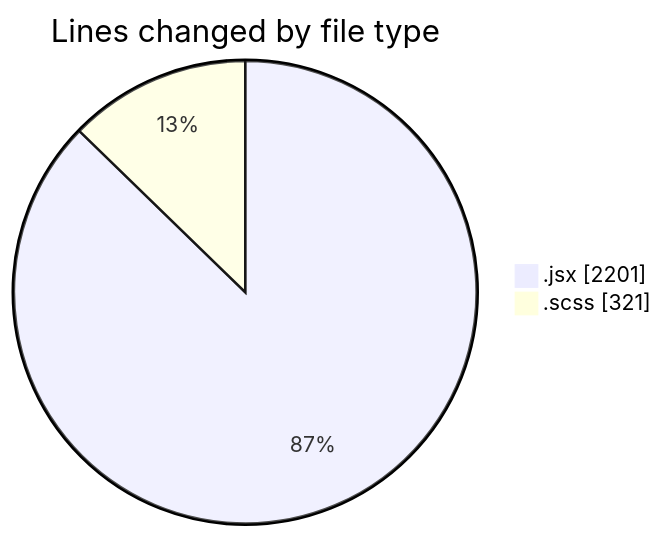
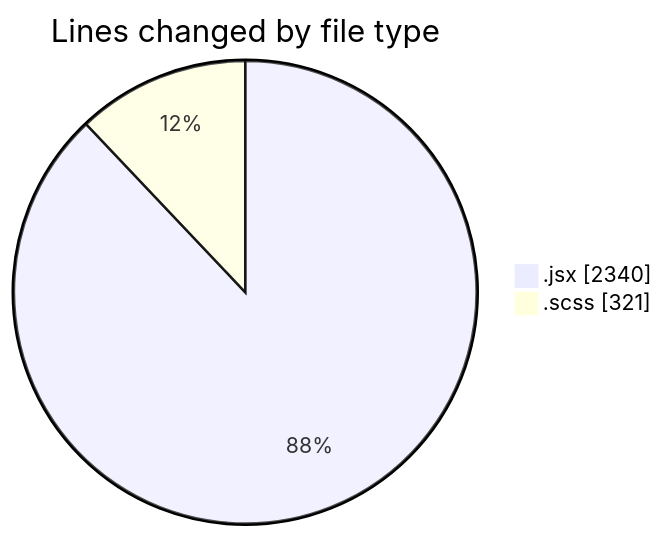
Before and after one commit to momahboobian/code-tracking: the first of 2 diagrams in 2026-09-02/cda/README.md, drawn with Mermaid. The commit also changed other lines of this file and 1 other file, not shown here.

````diff
--- a/2026-09-02/cda/README.md
+++ b/2026-09-02/cda/README.md
@@ -28,6 +29,6 @@
 ```mermaid
 pie showData
 title Lines changed by file type
-".jsx" : 2201
+".jsx" : 2340
 ".scss" : 321
 ```
````
